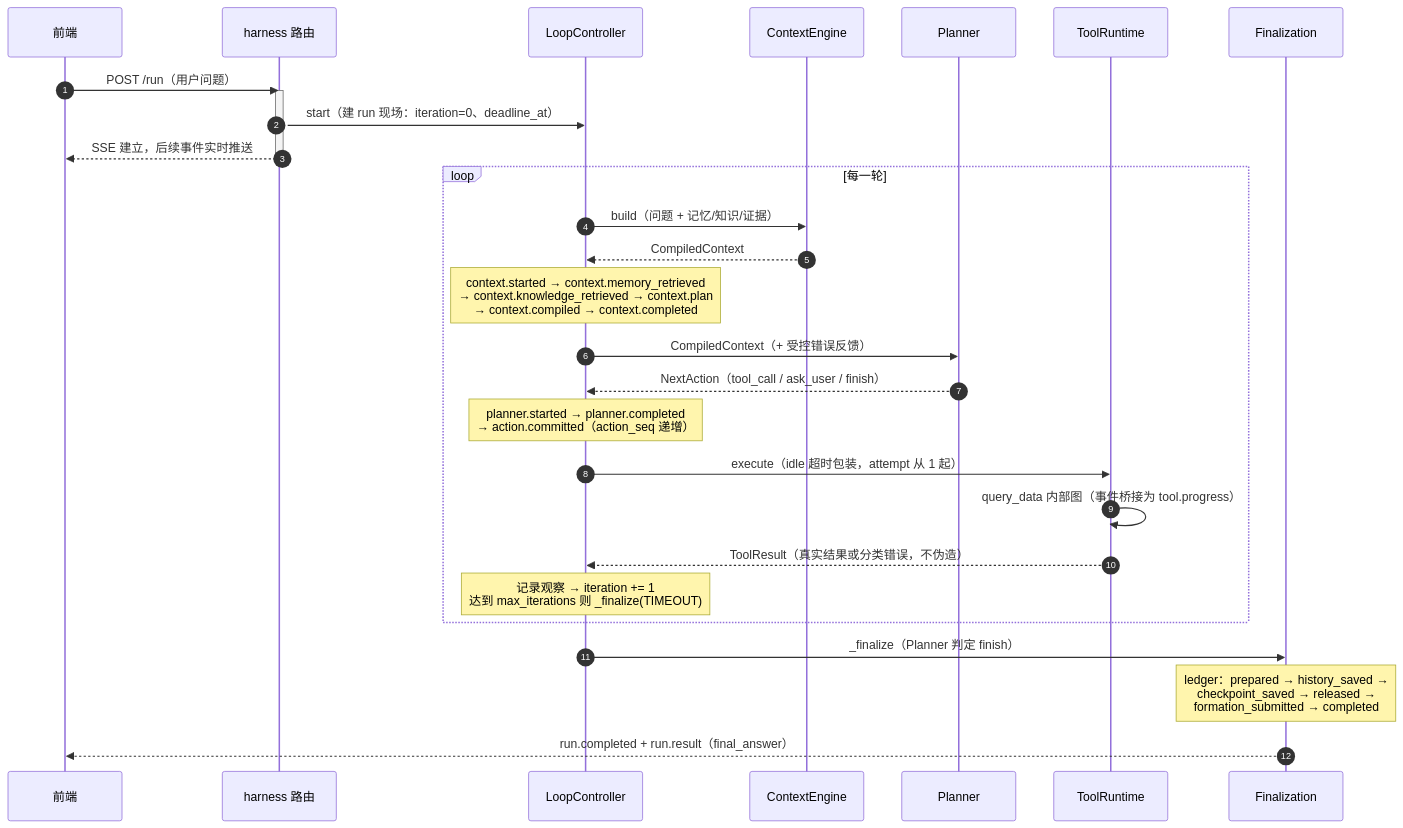
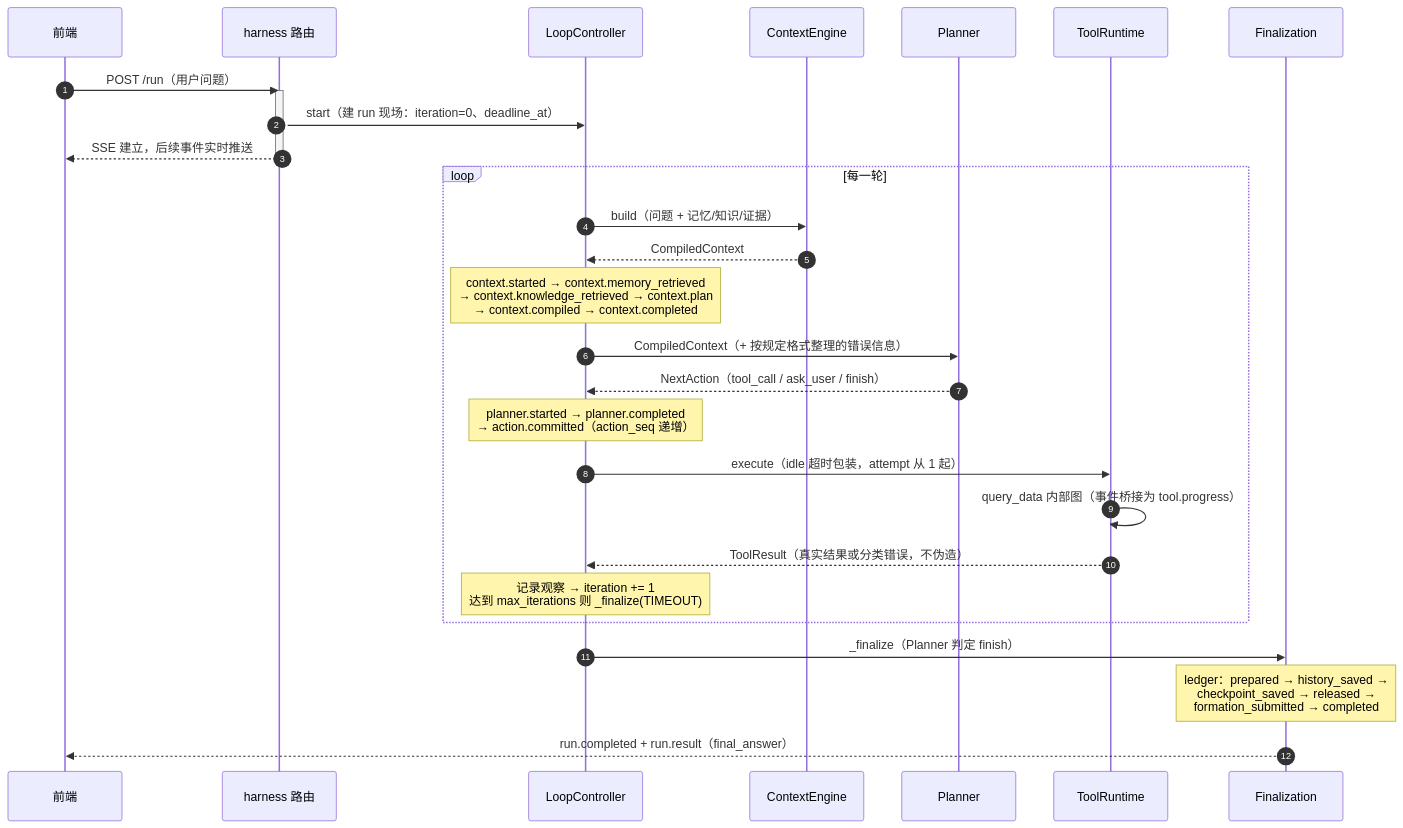
The second of 4 diagrams in docs/data_agent_harness_asbuilt.md (Z3-FE/ai_data_analysis), drawn with Mermaid before and after one commit. The commit also changed other lines of this file and 34 other files, not shown here.

````diff
--- a/docs/data_agent_harness_asbuilt.md
+++ b/docs/data_agent_harness_asbuilt.md
@@ -65,34 +65,34 @@
 ```mermaid
 sequenceDiagram
     autonumber
     participant FE as 前端
     participant API as harness 路由
     participant LC as LoopController
     participant CE as ContextEngine
     participant PL as Planner
     participant TR as ToolRuntime
     participant FZ as Finalization
 
     FE->>API: POST /run（用户问题）
     activate API
     API->>LC: start（建 run 现场：iteration=0、deadline_at）
     API-->>FE: SSE 建立，后续事件实时推送
     deactivate API
 
     loop 每一轮
         LC->>CE: build（问题 + 记忆/知识/证据）
         CE-->>LC: CompiledContext
         Note over LC: context.started → context.memory_retrieved<br/>→ context.knowledge_retrieved → context.plan<br/>→ context.compiled → context.completed
-        LC->>PL: CompiledContext（+ 受控错误反馈）
+        LC->>PL: CompiledContext（+ 按规定格式整理的错误信息）
         PL-->>LC: NextAction（tool_call / ask_user / finish）
         Note over LC: planner.started → planner.completed<br/>→ action.committed（action_seq 递增）
         LC->>TR: execute（idle 超时包装，attempt 从 1 起）
         TR->>TR: query_data 内部图（事件桥接为 tool.progress）
         TR-->>LC: ToolResult（真实结果或分类错误，不伪造）
         Note over LC: 记录观察 → iteration += 1<br/>达到 max_iterations 则 _finalize(TIMEOUT)
     end
 
     LC->>FZ: _finalize（Planner 判定 finish）
     Note over FZ: ledger：prepared → history_saved →<br/>checkpoint_saved → released →<br/>formation_submitted → completed
     FZ-->>FE: run.completed + run.result（final_answer）
 ```
````
